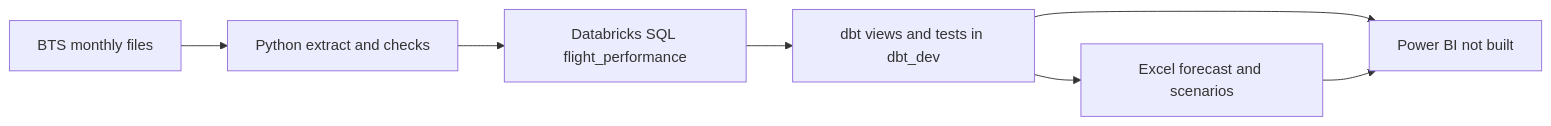
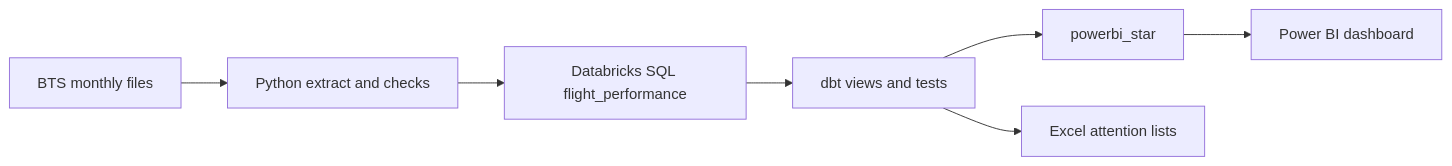
One commit to treyparkes0/JetBlue-Domestic-Operational-Disruption-and-Attention-Priorities changed the diagram in README.md. Above: the diagram before and after it, drawn with Mermaid. The commit also changed other lines of this file and 26 other files, not shown here.

Commit message:
Record the finished dashboard, attention-list workbook, and reconciled documentation.

````diff
--- a/README.md
+++ b/README.md
@@ -42,13 +52,13 @@
 ```mermaid
 flowchart LR
   bts[BTS monthly files]
   py[Python extract and checks]
   dbx[Databricks SQL flight_performance]
-  dbt[dbt views and tests in dbt_dev]
-  xl[Excel forecast and scenarios]
-  pbi[Power BI not built]
+  dbt[dbt views and tests]
+  star[powerbi_star]
+  xl[Excel attention lists]
+  pbi[Power BI dashboard]
   bts --> py --> dbx --> dbt
+  dbt --> star --> pbi
   dbt --> xl
-  dbt --> pbi
-  xl --> pbi
 ```
````
